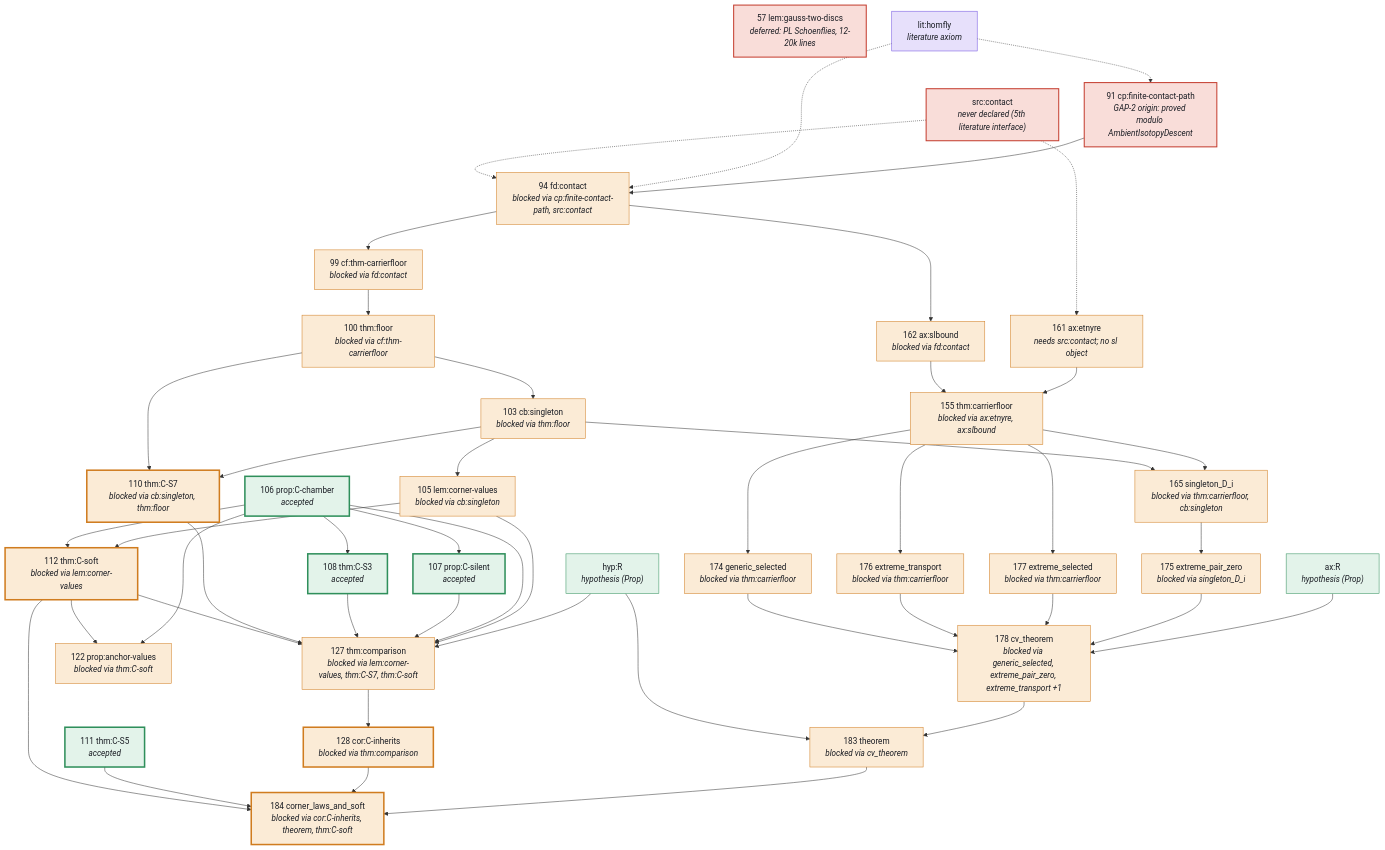
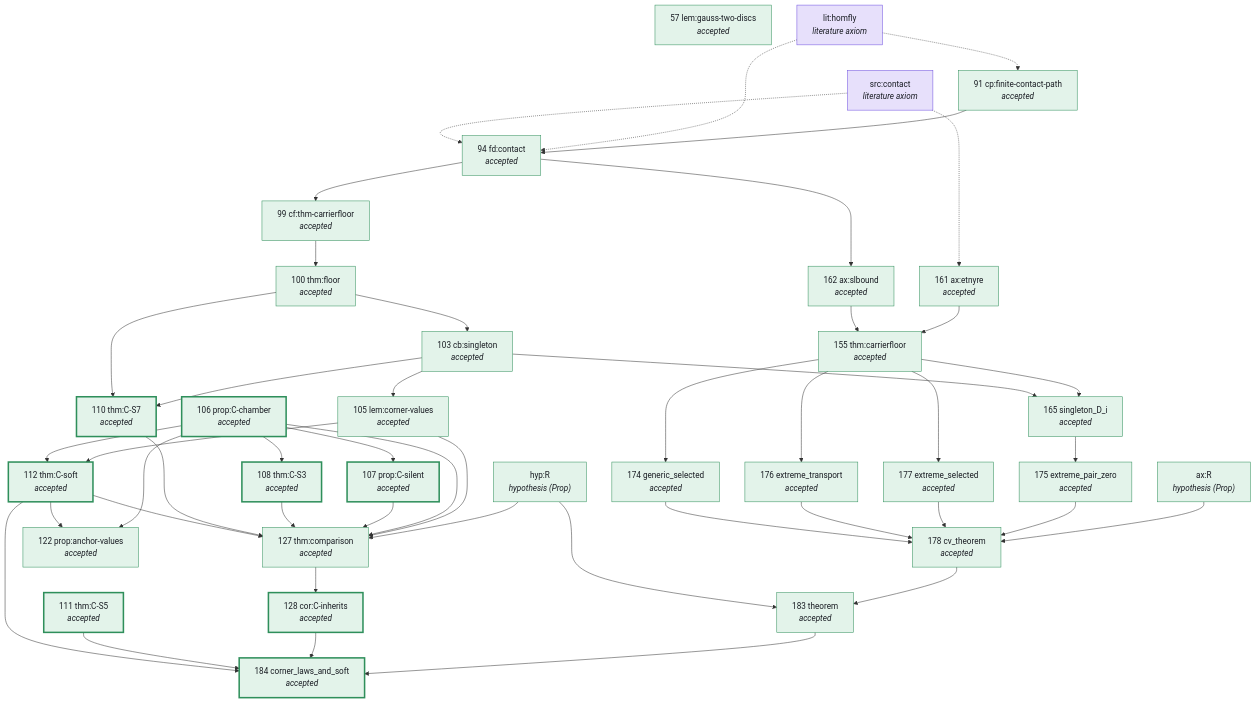
Before and after one commit to aguevara22/gluon-knot-lean: the diagram in docs/critical.mmd, drawn with Mermaid. The commit also changed 1025 other files, not shown here.

```diff
--- a/docs/critical.mmd
+++ b/docs/critical.mmd
@@ -1,87 +1,85 @@
 flowchart TD
-  n0["183 theorem<br/><i>blocked via cv_theorem</i>"]
+  n0["183 theorem<br/><i>accepted</i>"]
   n1["ax:R<br/><i>hypothesis (Prop)</i>"]
-  n2["161 ax:etnyre<br/><i>needs src:contact; no sl object</i>"]
-  n3["162 ax:slbound<br/><i>blocked via fd:contact</i>"]
-  n4["165 singleton_D_i<br/><i>blocked via thm:carrierfloor, cb:singleton</i>"]
-  n5["155 thm:carrierfloor<br/><i>blocked via ax:etnyre, ax:slbound</i>"]
-  n6["178 cv_theorem<br/><i>blocked via generic_selected, extreme_pair_zero, extreme_transport +1</i>"]
-  n7["175 extreme_pair_zero<br/><i>blocked via singleton_D_i</i>"]
-  n8["177 extreme_selected<br/><i>blocked via thm:carrierfloor</i>"]
-  n9["176 extreme_transport<br/><i>blocked via thm:carrierfloor</i>"]
-  n10["174 generic_selected<br/><i>blocked via thm:carrierfloor</i>"]
-  n11["184 corner_laws_and_soft<br/><i>blocked via cor:C-inherits, theorem, thm:C-soft</i>"]
-  n12["103 cb:singleton<br/><i>blocked via thm:floor</i>"]
-  n13["99 cf:thm-carrierfloor<br/><i>blocked via fd:contact</i>"]
-  n14["128 cor:C-inherits<br/><i>blocked via thm:comparison</i>"]
-  n15["91 cp:finite-contact-path<br/><i>GAP-2 origin: proved modulo AmbientIsotopyDescent</i>"]
-  n16["94 fd:contact<br/><i>blocked via cp:finite-contact-path, src:contact</i>"]
+  n2["161 ax:etnyre<br/><i>accepted</i>"]
+  n3["162 ax:slbound<br/><i>accepted</i>"]
+  n4["165 singleton_D_i<br/><i>accepted</i>"]
+  n5["155 thm:carrierfloor<br/><i>accepted</i>"]
+  n6["178 cv_theorem<br/><i>accepted</i>"]
+  n7["175 extreme_pair_zero<br/><i>accepted</i>"]
+  n8["177 extreme_selected<br/><i>accepted</i>"]
+  n9["176 extreme_transport<br/><i>accepted</i>"]
+  n10["174 generic_selected<br/><i>accepted</i>"]
+  n11["184 corner_laws_and_soft<br/><i>accepted</i>"]
+  n12["103 cb:singleton<br/><i>accepted</i>"]
+  n13["99 cf:thm-carrierfloor<br/><i>accepted</i>"]
+  n14["128 cor:C-inherits<br/><i>accepted</i>"]
+  n15["91 cp:finite-contact-path<br/><i>accepted</i>"]
+  n16["94 fd:contact<br/><i>accepted</i>"]
   n17["hyp:R<br/><i>hypothesis (Prop)</i>"]
-  n18["105 lem:corner-values<br/><i>blocked via cb:singleton</i>"]
-  n19["57 lem:gauss-two-discs<br/><i>deferred: PL Schoenflies, 12-20k lines</i>"]
+  n18["105 lem:corner-values<br/><i>accepted</i>"]
+  n19["57 lem:gauss-two-discs<br/><i>accepted</i>"]
   n20["lit:homfly<br/><i>literature axiom</i>"]
   n21["106 prop:C-chamber<br/><i>accepted</i>"]
   n22["107 prop:C-silent<br/><i>accepted</i>"]
-  n23["122 prop:anchor-values<br/><i>blocked via thm:C-soft</i>"]
-  n24["src:contact<br/><i>never declared (5th literature interface)</i>"]
+  n23["122 prop:anchor-values<br/><i>accepted</i>"]
+  n24["src:contact<br/><i>literature axiom</i>"]
   n25["108 thm:C-S3<br/><i>accepted</i>"]
   n26["111 thm:C-S5<br/><i>accepted</i>"]
-  n27["110 thm:C-S7<br/><i>blocked via cb:singleton, thm:floor</i>"]
-  n28["112 thm:C-soft<br/><i>blocked via lem:corner-values</i>"]
-  n29["127 thm:comparison<br/><i>blocked via lem:corner-values, thm:C-S7, thm:C-soft</i>"]
-  n30["100 thm:floor<br/><i>blocked via cf:thm-carrierfloor</i>"]
+  n27["110 thm:C-S7<br/><i>accepted</i>"]
+  n28["112 thm:C-soft<br/><i>accepted</i>"]
+  n29["127 thm:comparison<br/><i>accepted</i>"]
+  n30["100 thm:floor<br/><i>accepted</i>"]
   n0 --> n11
   n1 --> n6
   n2 --> n5
   n3 --> n5
   n4 --> n7
   n5 --> n4
   n5 --> n8
   n5 --> n9
   n5 --> n10
   n6 --> n0
   n7 --> n6
   n8 --> n6
   n9 --> n6
   n10 --> n6
   n12 --> n4
   n12 --> n18
   n12 --> n27
   n13 --> n30
   n14 --> n11
   n15 --> n16
   n16 --> n3
   n16 --> n13
   n17 --> n0
   n17 --> n29
   n18 --> n28
   n18 --> n29
   n20 -.-> n15
   n20 -.-> n16
   n21 --> n22
   n21 --> n23
   n21 --> n25
   n21 --> n28
   n21 --> n29
   n22 --> n29
   n24 -.-> n2
   n24 -.-> n16
   n25 --> n29
   n26 --> n11
   n27 --> n29
   n28 --> n11
   n28 --> n23
   n28 --> n29
   n29 --> n14
   n30 --> n12
   n30 --> n27
   classDef ok fill:#E3F3EA,stroke:#2F8F5B,color:#181B22
   classDef pend fill:#FBEBD6,stroke:#D07C1F,color:#181B22
   classDef root fill:#F9DDD9,stroke:#C43D2F,stroke-width:2px,color:#181B22
   classDef lit fill:#E7E0FB,stroke:#6E4FE0,color:#181B22
   classDef target stroke-width:3px
-  class n1,n17,n21,n22,n25,n26 ok
+  class n0,n1,n2,n3,n4,n5,n6,n7,n8,n9,n10,n11,n12,n13,n14,n15,n16,n17,n18,n19,n21,n22,n23,n25,n26,n27,n28,n29,n30 ok
   class n20,n24 lit
-  class n15,n19,n24 root
-  class n0,n2,n3,n4,n5,n6,n7,n8,n9,n10,n11,n12,n13,n14,n16,n18,n23,n27,n28,n29,n30 pend
   class n11,n14,n21,n22,n25,n26,n27,n28 target
```
